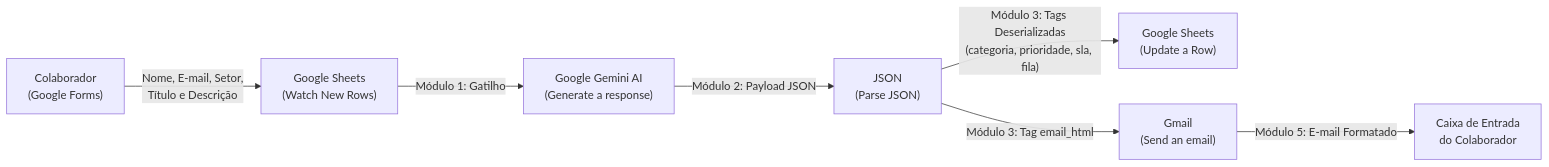
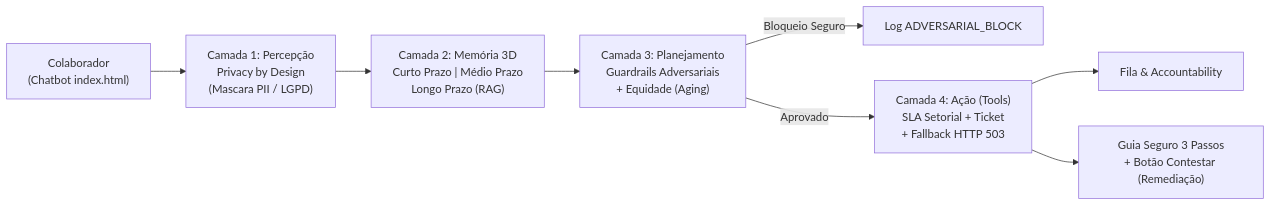
One commit to sztsu/helpdesk-ai changed the diagram in README.md. Above: the diagram before and after it, drawn with Mermaid. The commit also changed other lines of this file and 11 other files, not shown here.

````diff
--- a/README.md
+++ b/README.md
@@ -83,9 +45,10 @@
 ```mermaid
 flowchart LR
-    A["Colaborador\n(Google Forms)"] -->|"Nome, E-mail, Setor,\nTítulo e Descrição"| B["Google Sheets\n(Watch New Rows)"]
-    B -->|"Módulo 1: Gatilho"| C["Google Gemini AI\n(Generate a response)"]
-    C -->|"Módulo 2: Payload JSON"| D["JSON\n(Parse JSON)"]
-    D -->|"Módulo 3: Tags Deserializadas\n(categoria, prioridade, sla, fila)"| E["Google Sheets\n(Update a Row)"]
-    D -->|"Módulo 3: Tag email_html"| F["Gmail\n(Send an email)"]
-    F -->|"Módulo 5: E-mail Formatado"| G["Caixa de Entrada\ndo Colaborador"]
+    U["Colaborador\n(Chatbot index.html)"] --> L1["Camada 1: Percepção\nPrivacy by Design\n(Mascara PII / LGPD)"]
+    L1 --> L2["Camada 2: Memória 3D\nCurto Prazo | Médio Prazo\nLongo Prazo (RAG)"]
+    L2 --> L3["Camada 3: Planejamento\nGuardrails Adversariais\n+ Equidade (Aging)"]
+    L3 -- "Bloqueio Seguro" --> SEC["Log ADVERSARIAL_BLOCK"]
+    L3 -- "Aprovado" --> L4["Camada 4: Ação (Tools)\nSLA Setorial + Ticket\n+ Fallback HTTP 503"]
+    L4 --> Q["Fila & Accountability"]
+    L4 --> R["Guia Seguro 3 Passos\n+ Botão Contestar (Remediação)"]
 ```
````
